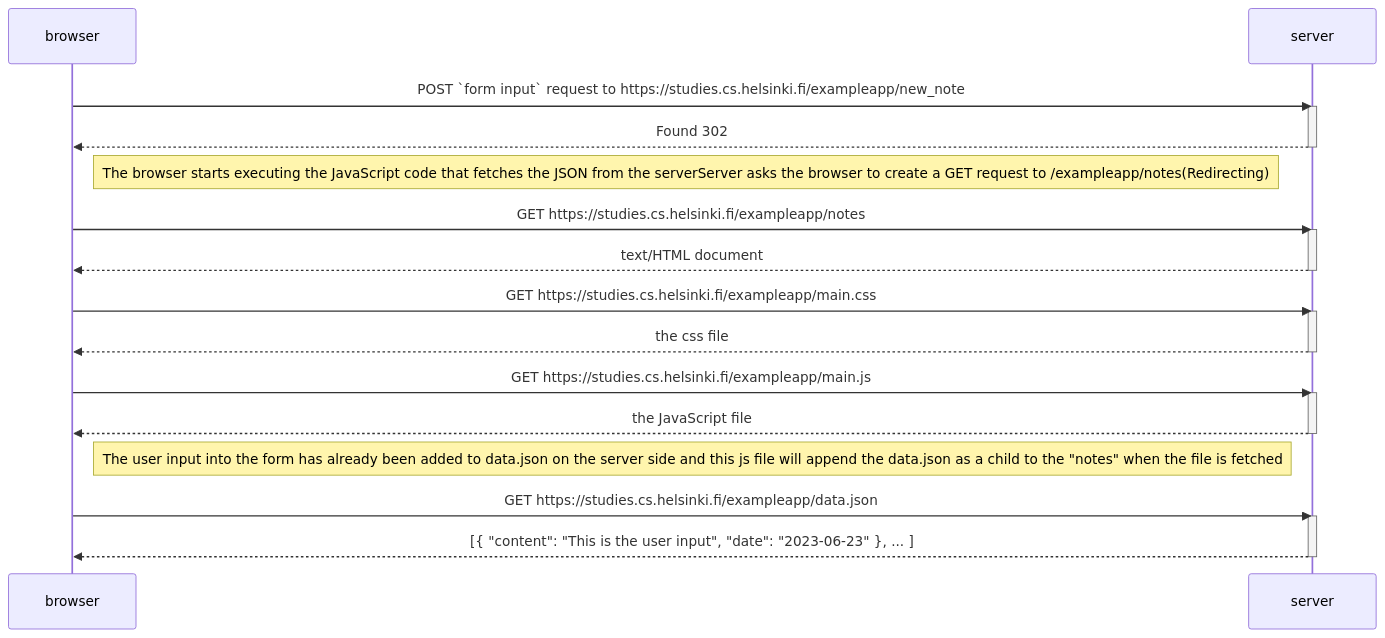
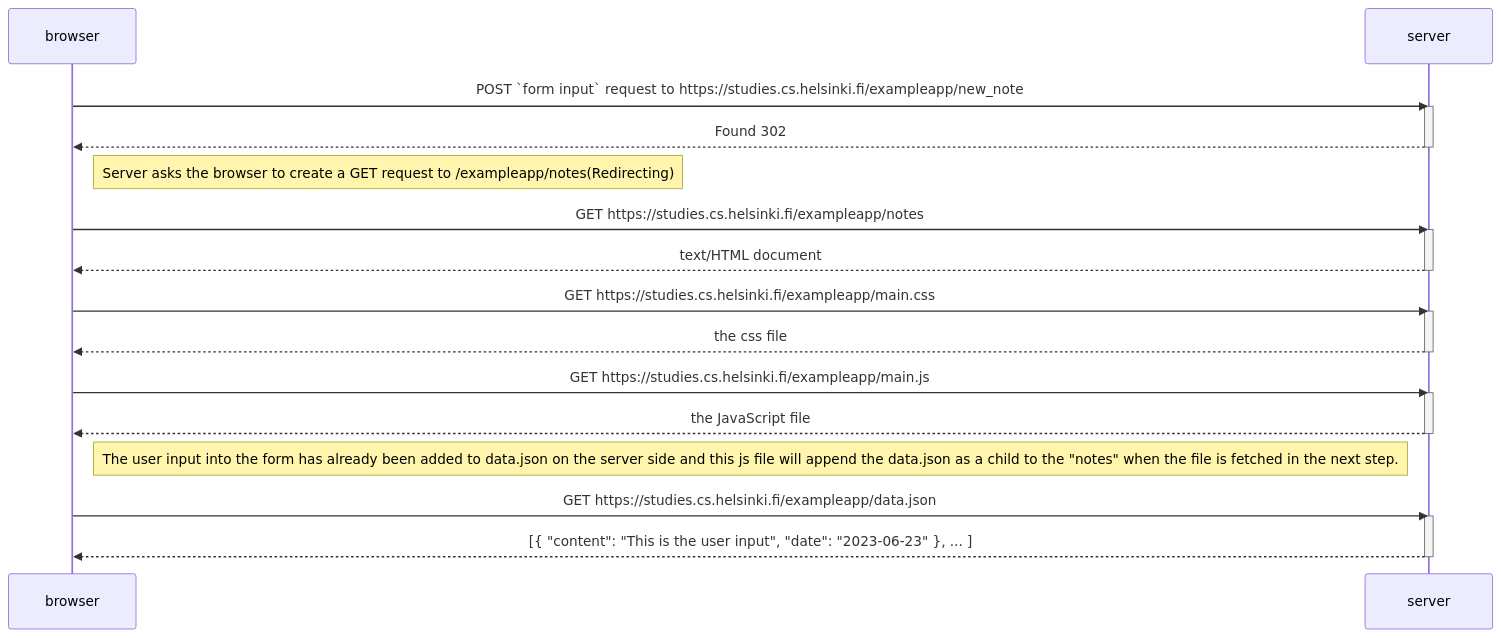
The diagram in chart.md (ozcsert/Full-Stack-Open), drawn with Mermaid before and after one commit.

Commit message:
typo fixed

````diff
--- a/chart.md
+++ b/chart.md
@@ -2,34 +2,38 @@
 ```mermaid
  sequenceDiagram
     participant browser
     participant server
 
     browser->>server: POST `form input` request to https://studies.cs.helsinki.fi/exampleapp/new_note
     activate server
     server-->>browser: Found 302 
     deactivate server
     
-    Note right of browser: The browser starts executing the JavaScript code that fetches the JSON from the serverServer asks the browser to create a GET request to /exampleapp/notes(Redirecting)
+    Note right of browser:Server asks the browser to create a GET request to /exampleapp/notes(Redirecting)
+
 
     browser->>server: GET https://studies.cs.helsinki.fi/exampleapp/notes
     activate server
     server-->>browser: text/HTML document
     deactivate server
 
+
     browser->>server: GET https://studies.cs.helsinki.fi/exampleapp/main.css
     activate server
     server-->>browser: the css file
     deactivate server
+
 
     browser->>server: GET https://studies.cs.helsinki.fi/exampleapp/main.js
     activate server
     server-->>browser: the JavaScript file
     deactivate server
 
-    Note right of browser:The user input into the form has already been added to data.json on the server side and this js file will append the data.json as a child to the "notes" when the file is fetched
+    Note right of browser:The user input into the form has already been added to data.json on the server side and this js file will append the data.json as a child to the "notes" when the file is fetched in the next step.
+
 
     browser->>server: GET https://studies.cs.helsinki.fi/exampleapp/data.json
     activate server
     server-->>browser: [{ "content": "This is the user input", "date": "2023-06-23" }, ... ]
     deactivate server
 ```
````
